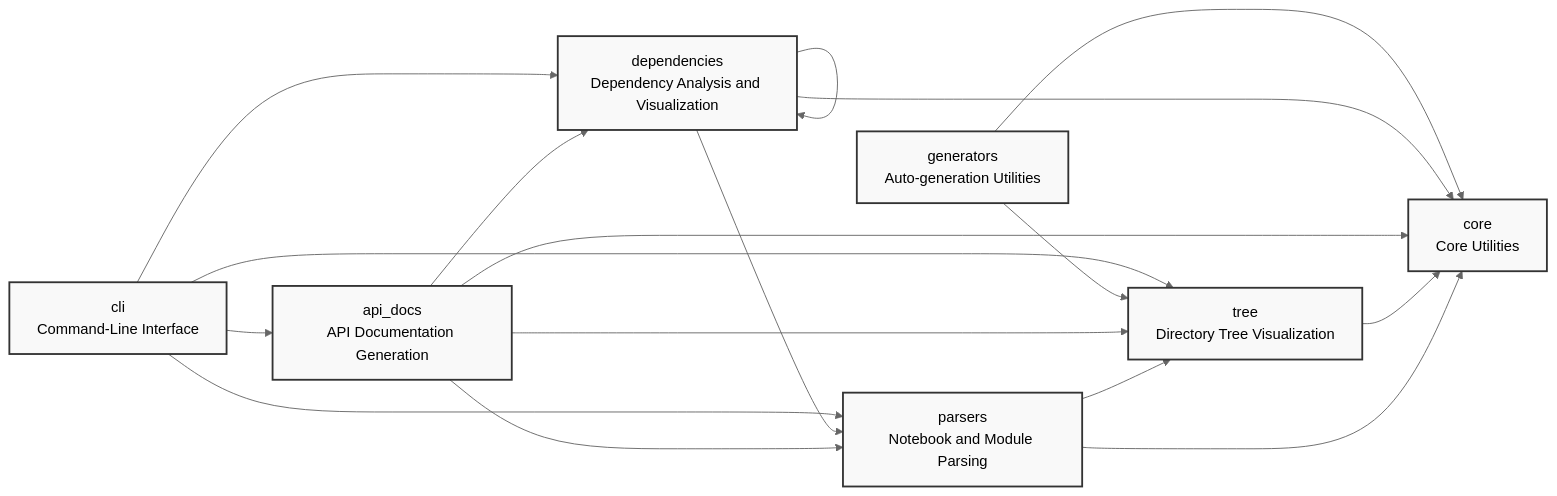
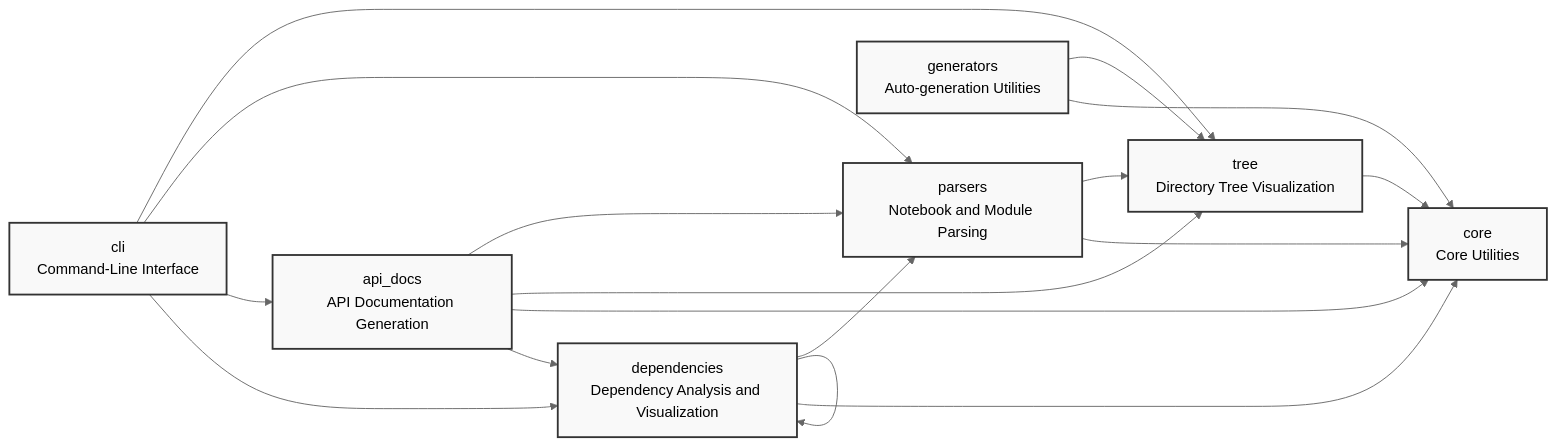
Before and after one commit to cj-mills/cjm-nbdev-overview: the diagram in README.md, drawn with Mermaid (neutral theme). The commit also changed other lines of this file and 11 other files, not shown here.

````diff
--- a/README.md
+++ b/README.md
@@ -44,29 +44,29 @@
 ``` mermaid
 graph LR
     core[core<br/>Core Utilities]
     parsers[parsers<br/>Notebook and Module Parsing]
     tree[tree<br/>Directory Tree Visualization]
     api_docs[api_docs<br/>API Documentation Generation]
     dependencies[dependencies<br/>Dependency Analysis and Visualization]
     generators[generators<br/>Auto-generation Utilities]
     cli[cli<br/>Command-Line Interface]
 
     parsers --> tree
     parsers --> core
     tree --> core
     api_docs --> parsers
-    api_docs --> dependencies
     api_docs --> tree
     api_docs --> core
+    api_docs --> dependencies
+    dependencies --> parsers
     dependencies --> dependencies
-    dependencies --> parsers
     dependencies --> core
+    generators --> tree
     generators --> core
-    generators --> tree
+    cli --> tree
     cli --> parsers
+    cli --> api_docs
     cli --> dependencies
-    cli --> tree
-    cli --> api_docs
 
     classDef default fill:#f9f9f9,stroke:#333,stroke-width:2px
 ```
````
